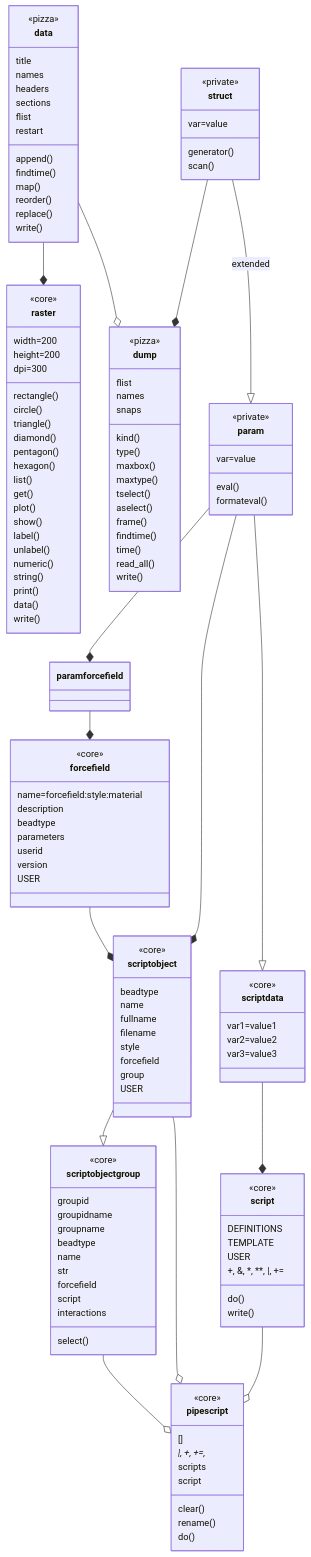
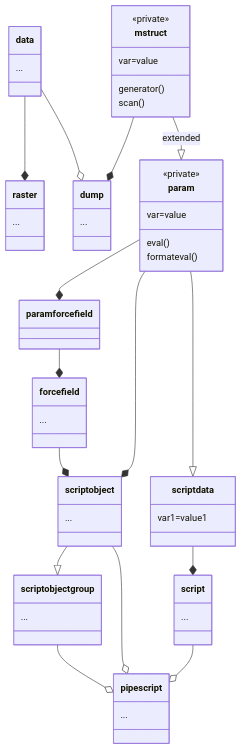
One commit to ovitrac/Pizza3 changed the third of 3 diagrams in README.md. Above: the diagram before and after it, drawn with Mermaid. The commit also changed other lines of this file and 2 other files, not shown here.

````diff
--- a/README.md
+++ b/README.md
@@ -238,138 +232,58 @@
 ```mermaid
 classDiagram
 class raster{
-	<<core>>
-	width=200
-	height=200
-	dpi=300
-	rectangle()
-	circle()
-	triangle()
-	diamond()
-	pentagon()
-	hexagon()
-	list()
-	get()
-	plot()
-	show()
-	label()
-	unlabel()
-	numeric()
-	string()
-	print()
-	data()
-	write()
+	...
 }
 
 class data{
-	<<pizza>>
-	title
-	names
-	headers
-	sections
-	flist
-	restart
-	append()
-	findtime()
-	map()
-	reorder()
-	replace()
-	write()
+	...
 }
 
 class dump{
-	<<pizza>>
-	flist
-	names
-	snaps
-	kind()
-	type()
-	maxbox()
-	maxtype()
-	tselect()
-	aselect()
-	frame()
-	findtime()
-	time()
-	read_all()
-	write()
+	...
 }
-	
-class struct{
+
+class mstruct{
 	<<private>>
 	var=value
 	generator()
 	scan()
 }
+
 class param{
 	<<private>>
 	var=value
 	eval()
 	formateval()
 }
+
 class scriptdata{
-	<<core>>
 	var1=value1
-	var2=value2
-	var3=value3
 }
+
 class forcefield{
-	<<core>>
-	name=forcefield:style:material
-	description
-	beadtype
-	parameters
-	userid
-	version
-	USER
+	...
 }
+
 class script{
-		<<core>>
-    	DEFINITIONS
-    	TEMPLATE
-        USER
-        +, &, *, **, |, +=
-        do()
-        write()
+	...
 }
+
 class scriptobject{
-		<<core>>
-    	beadtype
-    	name
-        fullname
-        filename
-        style
-        forcefield
-        group
-        USER
+	...
 }
+
 class scriptobjectgroup{
-		<<core>>
-    	groupid
-    	groupidname
-        groupname
-        beadtype
-        name
-        str
-        forcefield
-        script
-        interactions
-        select()     
+	...
 }
+
 class pipescript{
-	<<core>>
-	[]
-	|, +, +=, *
-	scripts
-	script
-	clear()
-	rename()
-	do()
-	
+	...
 }
+
 data --* raster
-struct --|>  param : extended
-struct --* dump
+mstruct --|>  param : extended
+mstruct --* dump
 param --* paramforcefield
 param --|> scriptdata
 param --* scriptobject
@@ -381,6 +295,4 @@
 scriptobject --o pipescript
 scriptobjectgroup --o pipescript
 data --o dump
-
-
 ```
````
